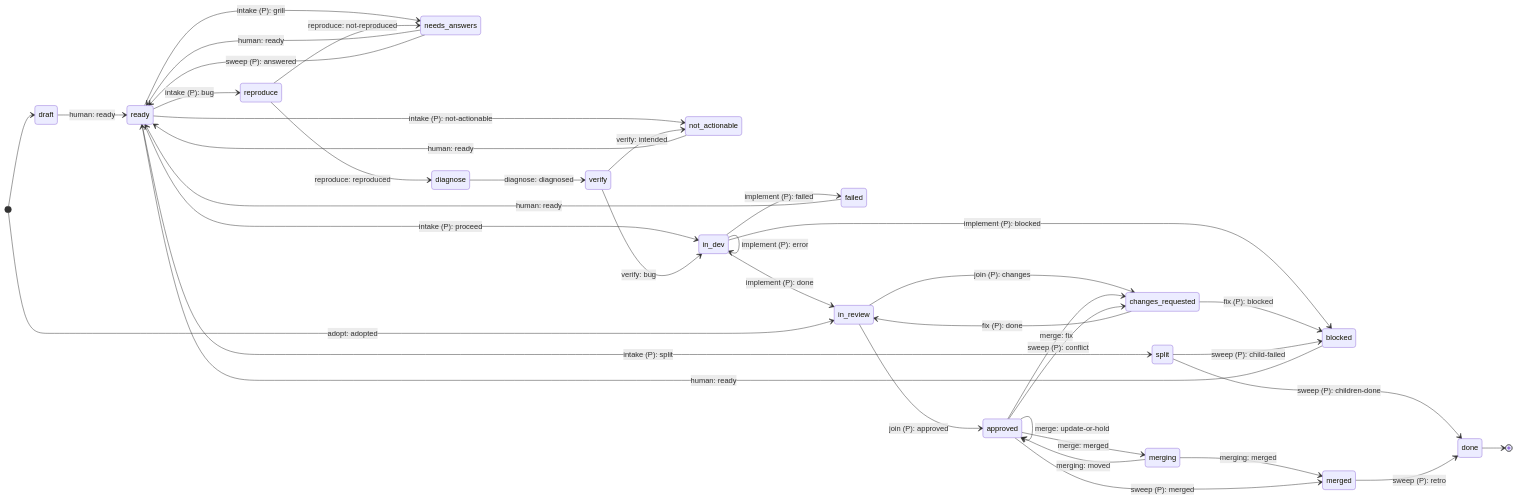
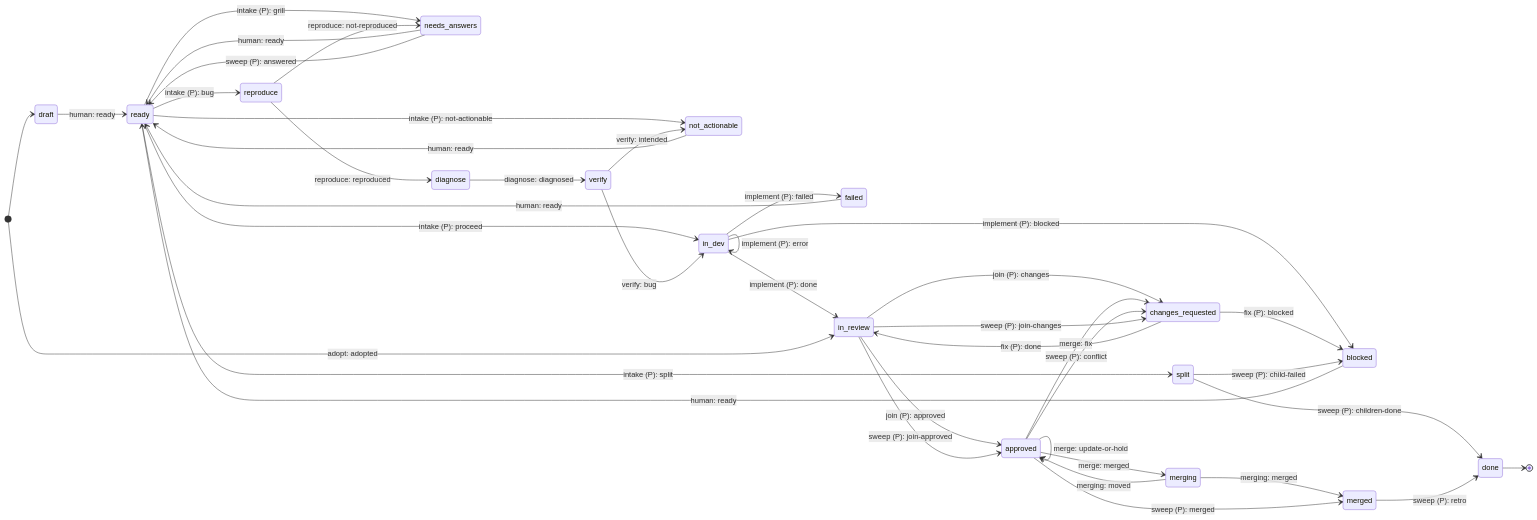
The second of 2 diagrams in docs/statechart.md (zaharchenko-evgeny/slop-factory), drawn with Mermaid before and after one commit. The commit also changed 4 other files, not shown here.

Commit message:
#177 Full gate.py apply in the prompt, sweep re-runs join for in-review PRs, skill names MCP tools

````diff
--- a/docs/statechart.md
+++ b/docs/statechart.md
@@ -293,41 +293,43 @@
 ```mermaid
 stateDiagram-v2
     direction LR
     [*] --> draft
     draft --> ready: human: ready
     needs_answers --> ready: human: ready
     not_actionable --> ready: human: ready
     blocked --> ready: human: ready
     failed --> ready: human: ready
     ready --> in_dev: intake (P): proceed
     ready --> needs_answers: intake (P): grill
     ready --> split: intake (P): split
     ready --> not_actionable: intake (P): not-actionable
     ready --> reproduce: intake (P): bug
     reproduce --> diagnose: reproduce: reproduced
     reproduce --> needs_answers: reproduce: not-reproduced
     diagnose --> verify: diagnose: diagnosed
     verify --> in_dev: verify: bug
     verify --> not_actionable: verify: intended
     in_dev --> in_review: implement (P): done
     in_dev --> in_dev: implement (P): error
     in_dev --> blocked: implement (P): blocked
     in_dev --> failed: implement (P): failed
     [*] --> in_review: adopt: adopted
     in_review --> changes_requested: join (P): changes
     in_review --> approved: join (P): approved
     changes_requested --> in_review: fix (P): done
     changes_requested --> blocked: fix (P): blocked
     approved --> merging: merge: merged
     approved --> approved: merge: update-or-hold
     approved --> changes_requested: merge: fix
     merging --> merged: merging: merged
     merging --> approved: merging: moved
     needs_answers --> ready: sweep (P): answered
     split --> done: sweep (P): children-done
     split --> blocked: sweep (P): child-failed
     approved --> changes_requested: sweep (P): conflict
     approved --> merged: sweep (P): merged
     merged --> done: sweep (P): retro
+    in_review --> changes_requested: sweep (P): join-changes
+    in_review --> approved: sweep (P): join-approved
     done --> [*]
 ```
````
